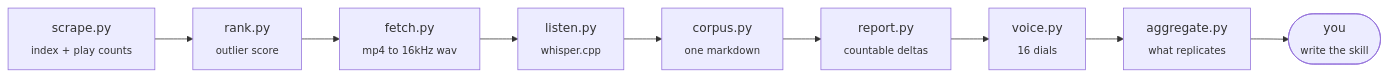
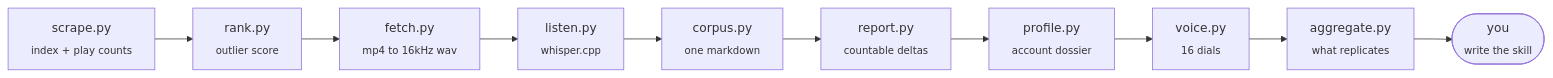
One commit to Ishan-sa/framezero changed the diagram in AGENTS.md. Above: the diagram before and after it, drawn with Mermaid. The commit also changed other lines of this file and 5 other files, not shown here.

First line of the commit message:
Add a whole-account dossier, and ship the pipeline as MCP tools

````diff
--- a/AGENTS.md
+++ b/AGENTS.md
@@ -164,11 +222,12 @@
 ```mermaid
 flowchart LR
   A[scrape.py<br/><sub>index + play counts</sub>] --> B[rank.py<br/><sub>outlier score</sub>]
   B --> C[fetch.py<br/><sub>mp4 to 16kHz wav</sub>]
   C --> D[listen.py<br/><sub>whisper.cpp</sub>]
   D --> E[corpus.py<br/><sub>one markdown</sub>]
   E --> F[report.py<br/><sub>countable deltas</sub>]
-  F --> G[voice.py<br/><sub>16 dials</sub>]
+  F --> P[profile.py<br/><sub>account dossier</sub>]
+  P --> G[voice.py<br/><sub>16 dials</sub>]
   G --> H[aggregate.py<br/><sub>what replicates</sub>]
   H --> I([you<br/><sub>write the skill</sub>])
 ```
````
